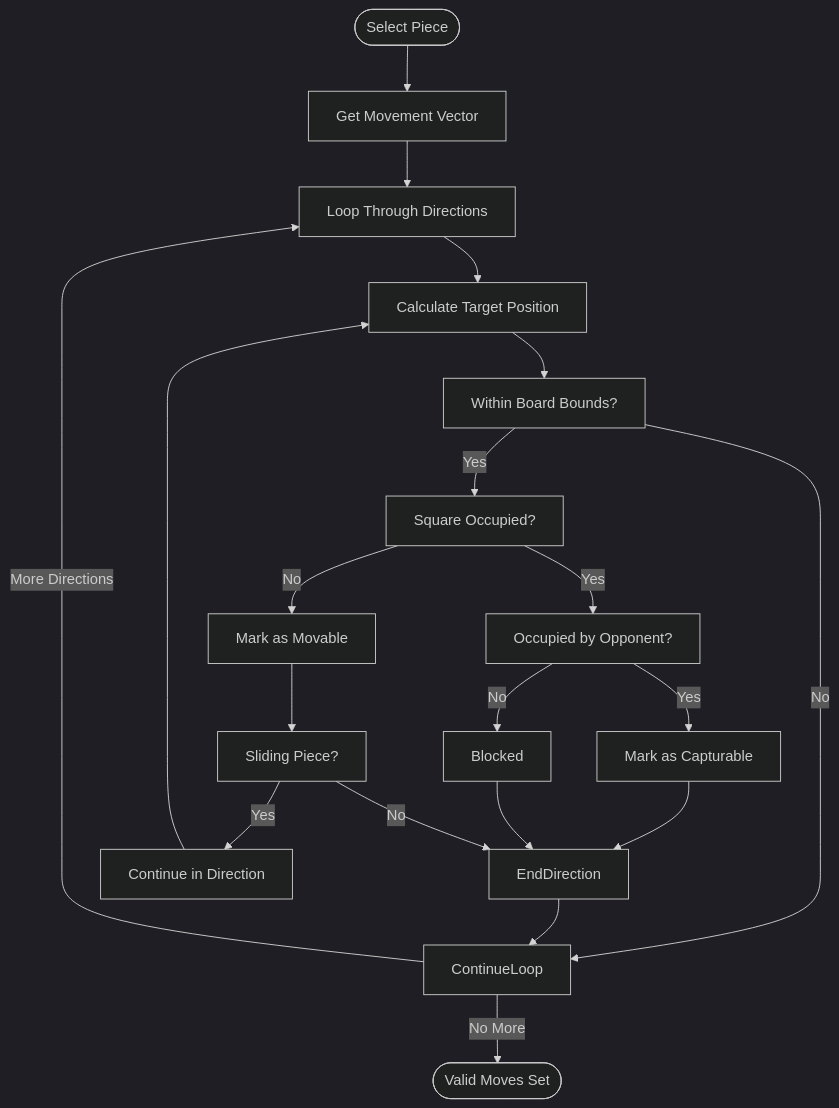
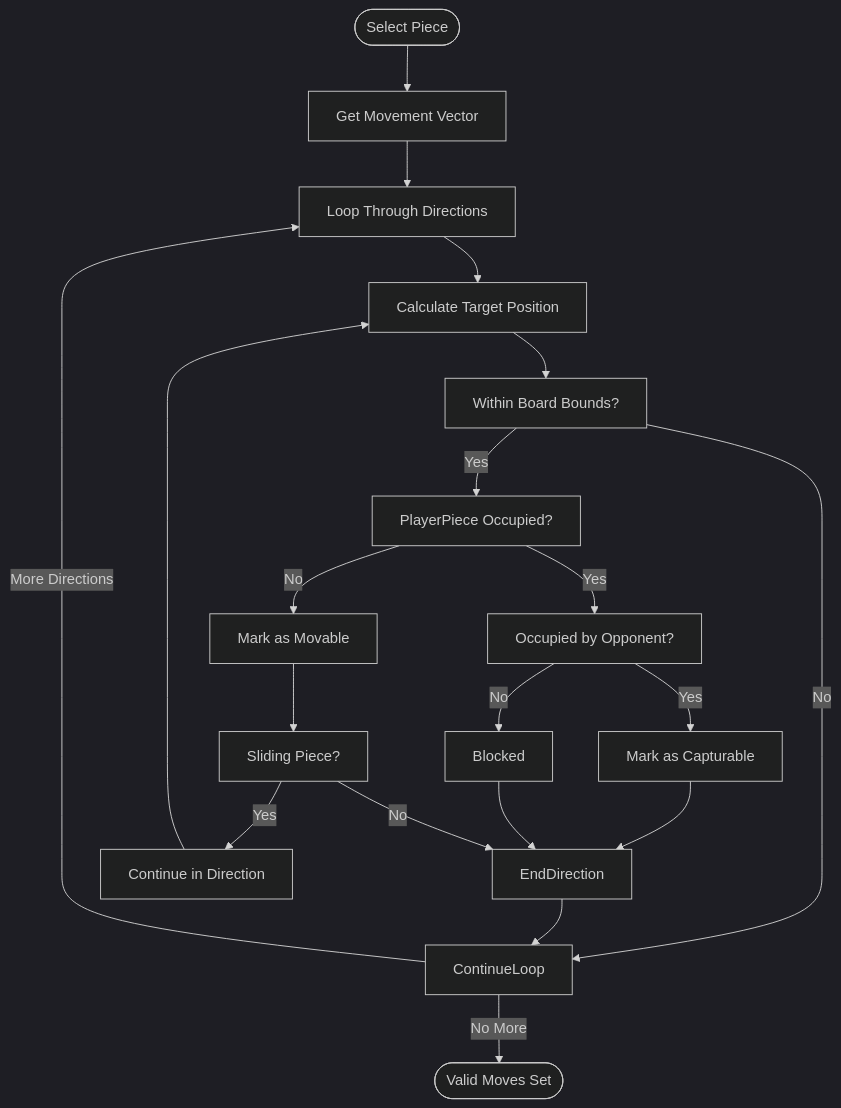
Before and after one commit to hashiryo/SvelteShogi: the fifth of 8 diagrams in .qoder/repowiki/ja/content/Domain Logic/Shogi Rules Implementation.md, drawn with Mermaid (dark theme). The commit also changed other lines of this file and 23 other files, not shown here.

````diff
--- a/.qoder/repowiki/ja/content/Domain Logic/Shogi Rules Implementation.md
+++ b/.qoder/repowiki/ja/content/Domain Logic/Shogi Rules Implementation.md
@@ -200,22 +220,22 @@
 ```mermaid
 flowchart TD
 Start([Select Piece]) --> GetVector["Get Movement Vector"]
 GetVector --> LoopDirections["Loop Through Directions"]
 LoopDirections --> CalculateTarget["Calculate Target Position"]
 CalculateTarget --> CheckBounds["Within Board Bounds?"]
 CheckBounds --> |No| ContinueLoop
-CheckBounds --> |Yes| CheckOccupied["Square Occupied?"]
+CheckBounds --> |Yes| CheckOccupied["PlayerPiece Occupied?"]
 CheckOccupied --> |No| MarkMovable["Mark as Movable"]
 CheckOccupied --> |Yes| CheckOpponent["Occupied by Opponent?"]
 CheckOpponent --> |Yes| MarkCapturable["Mark as Capturable"]
 CheckOpponent --> |No| Blocked["Blocked"]
 MarkMovable --> CheckSlide["Sliding Piece?"]
 MarkCapturable --> EndDirection
 Blocked --> EndDirection
 CheckSlide --> |Yes| ContinuePath["Continue in Direction"]
 CheckSlide --> |No| EndDirection
 ContinuePath --> CalculateTarget
 EndDirection --> ContinueLoop
 ContinueLoop --> |More Directions| LoopDirections
 ContinueLoop --> |No More| End([Valid Moves Set])
 ```
````
